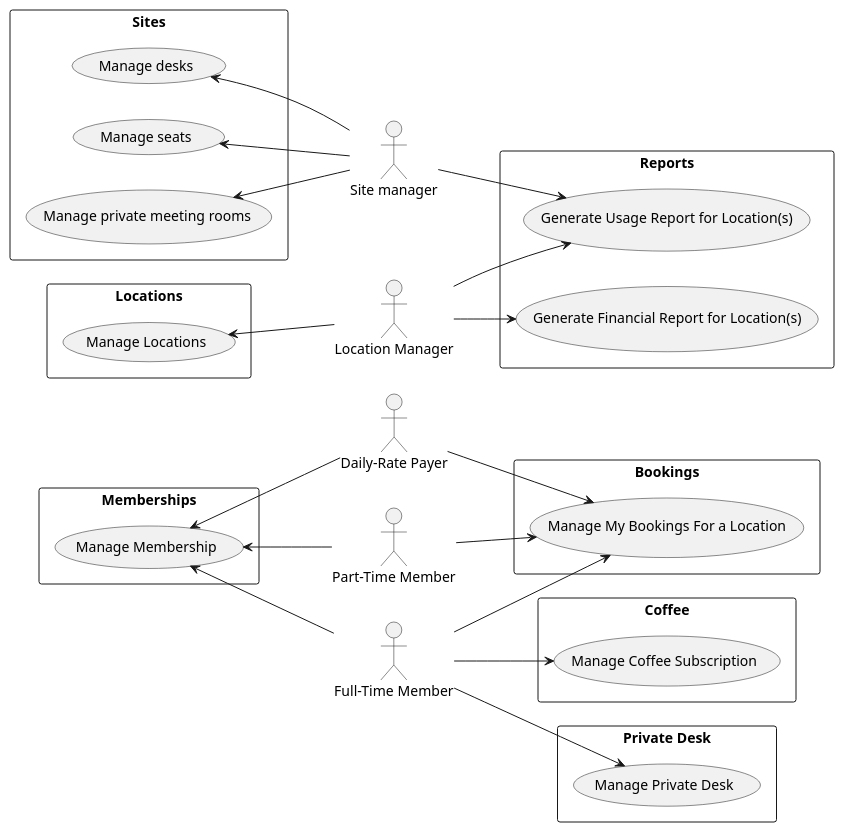
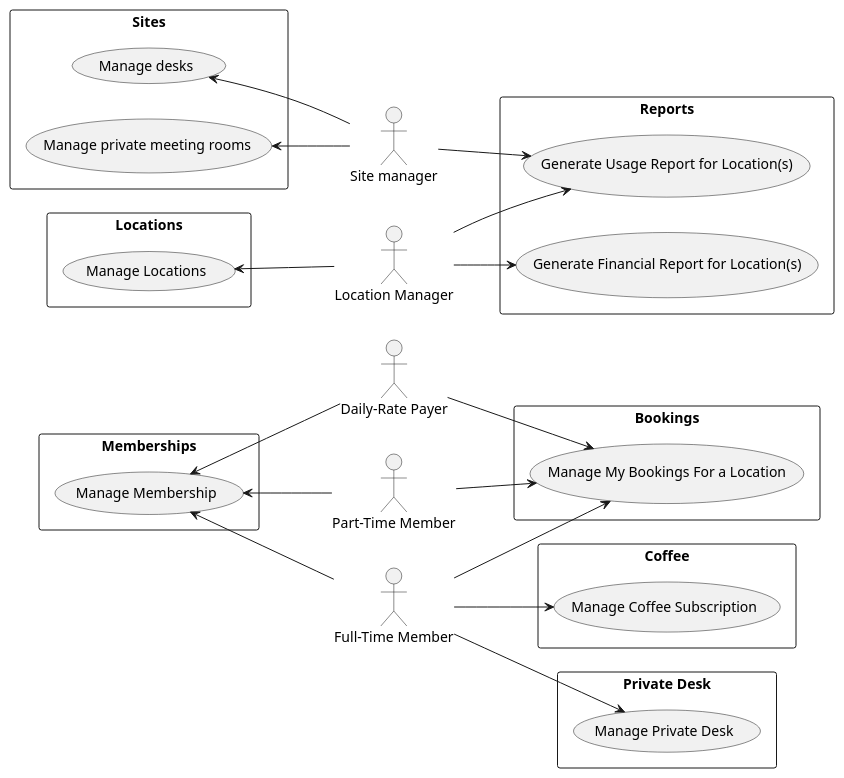
One commit to jack-richards/database-booking-system changed the diagram in Use Case Context Diagrams/usecase-diagram-v4.md. Above: the diagram before and after it, drawn with PlantUML.

Commit message:
Updated use-case diagram. Removed seats use-case as I'm running by the assumption that each desk will only allow for one seat.

````diff
--- a/Use Case Context Diagrams/usecase-diagram-v4.md
+++ b/Use Case Context Diagrams/usecase-diagram-v4.md
@@ -1,61 +1,59 @@
 ```plantuml
 @startuml
 left to right direction
 actor "Daily-Rate Payer" as dr
 actor "Part-Time Member" as pt
 actor "Full-Time Member" as ft
 
 rectangle Memberships {
   usecase "Manage Membership" as manageMembership
     manageMembership <-- dr
     manageMembership	<-- pt
     manageMembership <-- ft
 }
 
 rectangle Bookings {
   usecase "Manage My Bookings For a Location" as manageBookings
 }
 
 rectangle Coffee {
   usecase "Manage Coffee Subscription" as manageCoffeeSubscription
 }
 
 rectangle "Private Desk" {
   usecase "Manage Private Desk" as managePrivateDesk
 }
 
 pt --> manageBookings
 ft --> manageBookings
 dr --> manageBookings
 ft --> manageCoffeeSubscription
 ft --> managePrivateDesk
 
 actor "Location Manager" as locationManager
 
 rectangle Locations {
   usecase "Manage Locations" as manageLocations
   manageLocations <-- locationManager
 }
 
 actor "Site manager" as siteManager
 
 rectangle Sites {
   usecase "Manage desks" as manageDesks
-  usecase "Manage seats" as manageSeats
   usecase "Manage private meeting rooms" as manageRooms
   manageDesks <-- siteManager
-  manageSeats <-- siteManager
   manageRooms <-- siteManager
 }
 
 rectangle Reports as manageReports {
   usecase "Generate Financial Report for Location(s)" as generateFinancialReport
   usecase "Generate Usage Report for Location(s)" as generateUsageReport
   locationManager --> generateFinancialReport
   locationManager --> generateUsageReport
   siteManager --> generateUsageReport
 }
 
 
 @enduml
 ```
````
